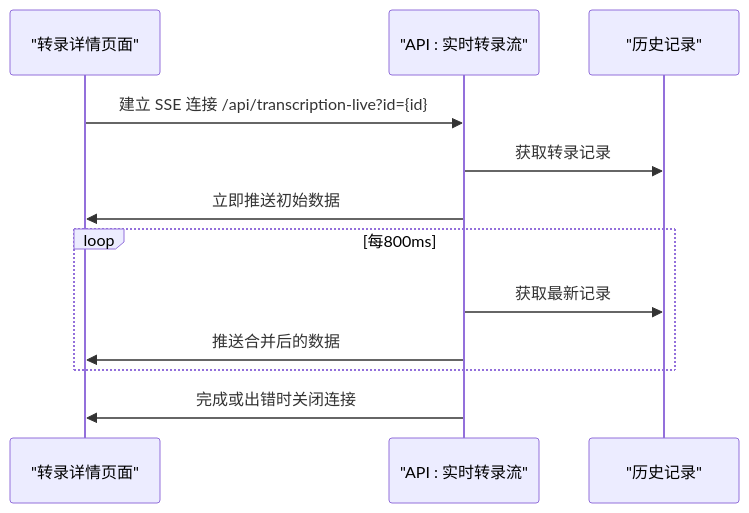
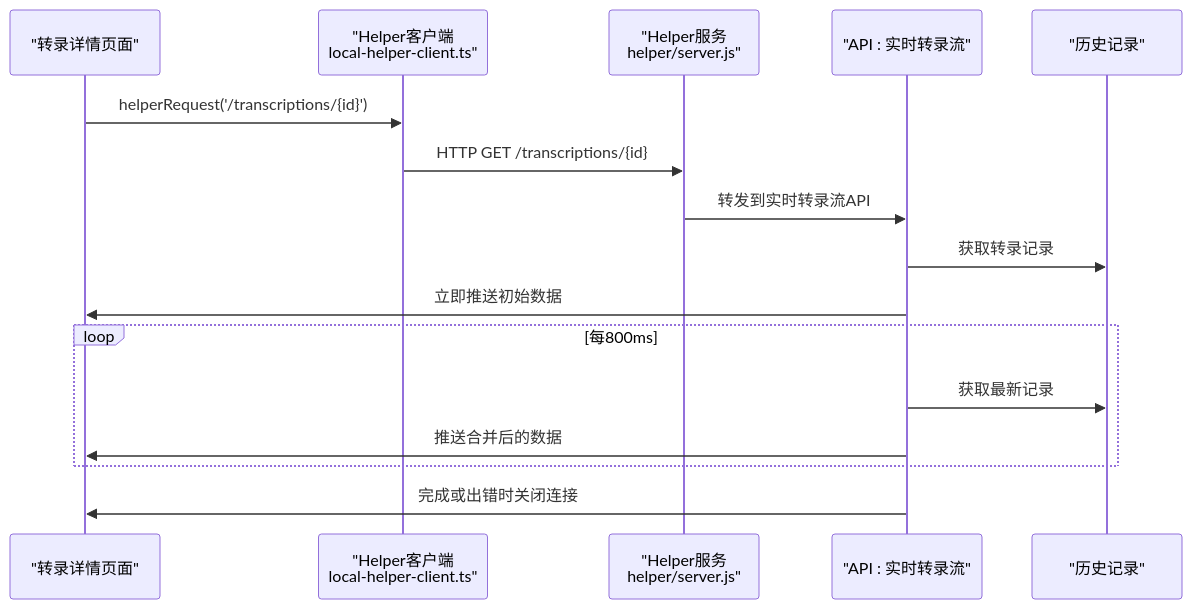
One commit to clawbotai/memo-flow changed diagram 14 of 25 in .qoder/repowiki/zh/content/核心功能模块/播客转录功能.md. Above: the diagram before and after it, drawn with Mermaid. The commit also changed other lines of this file and 5 other files, not shown here.

````diff
--- a/.qoder/repowiki/zh/content/核心功能模块/播客转录功能.md
+++ b/.qoder/repowiki/zh/content/核心功能模块/播客转录功能.md
@@ -526,14 +682,18 @@
 ```mermaid
 sequenceDiagram
 participant D as "转录详情页面"
+participant HC as "Helper客户端<br/>local-helper-client.ts"
+participant HS as "Helper服务<br/>helper/server.js"
 participant A as "API : 实时转录流"
 participant H as "历史记录"
-D->>A : 建立 SSE 连接 /api/transcription-live?id={id}
+D->>HC : helperRequest('/transcriptions/{id}')
+HC->>HS : HTTP GET /transcriptions/{id}
+HS->>A : 转发到实时转录流API
 A->>H : 获取转录记录
 A->>D : 立即推送初始数据
 loop 每800ms
 A->>H : 获取最新记录
 A->>D : 推送合并后的数据
 end
 A->>D : 完成或出错时关闭连接
 ```
````
